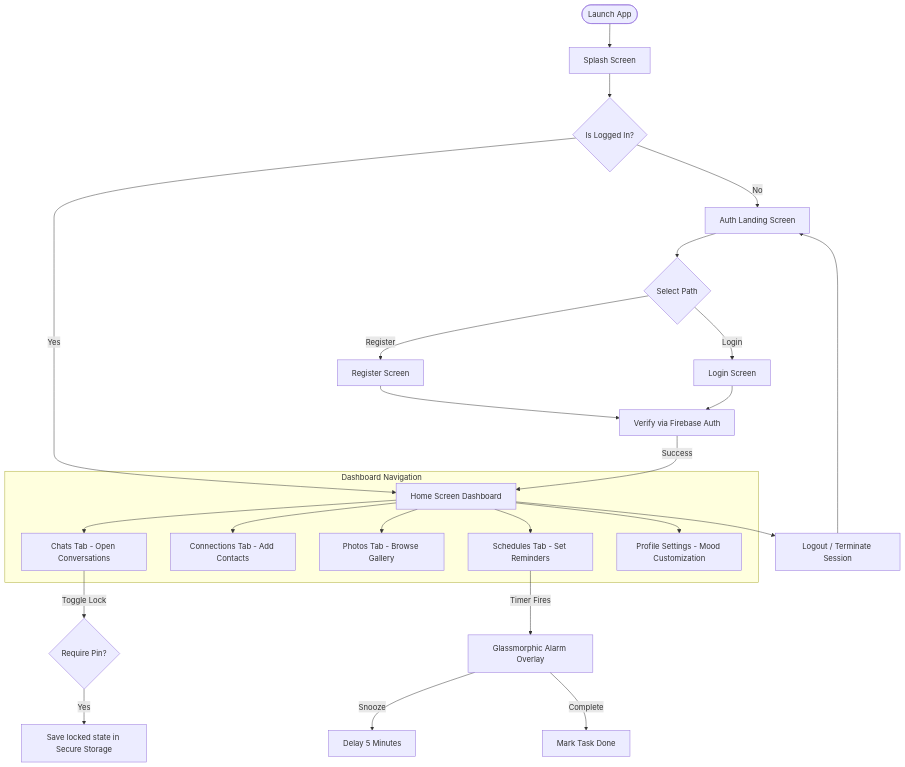
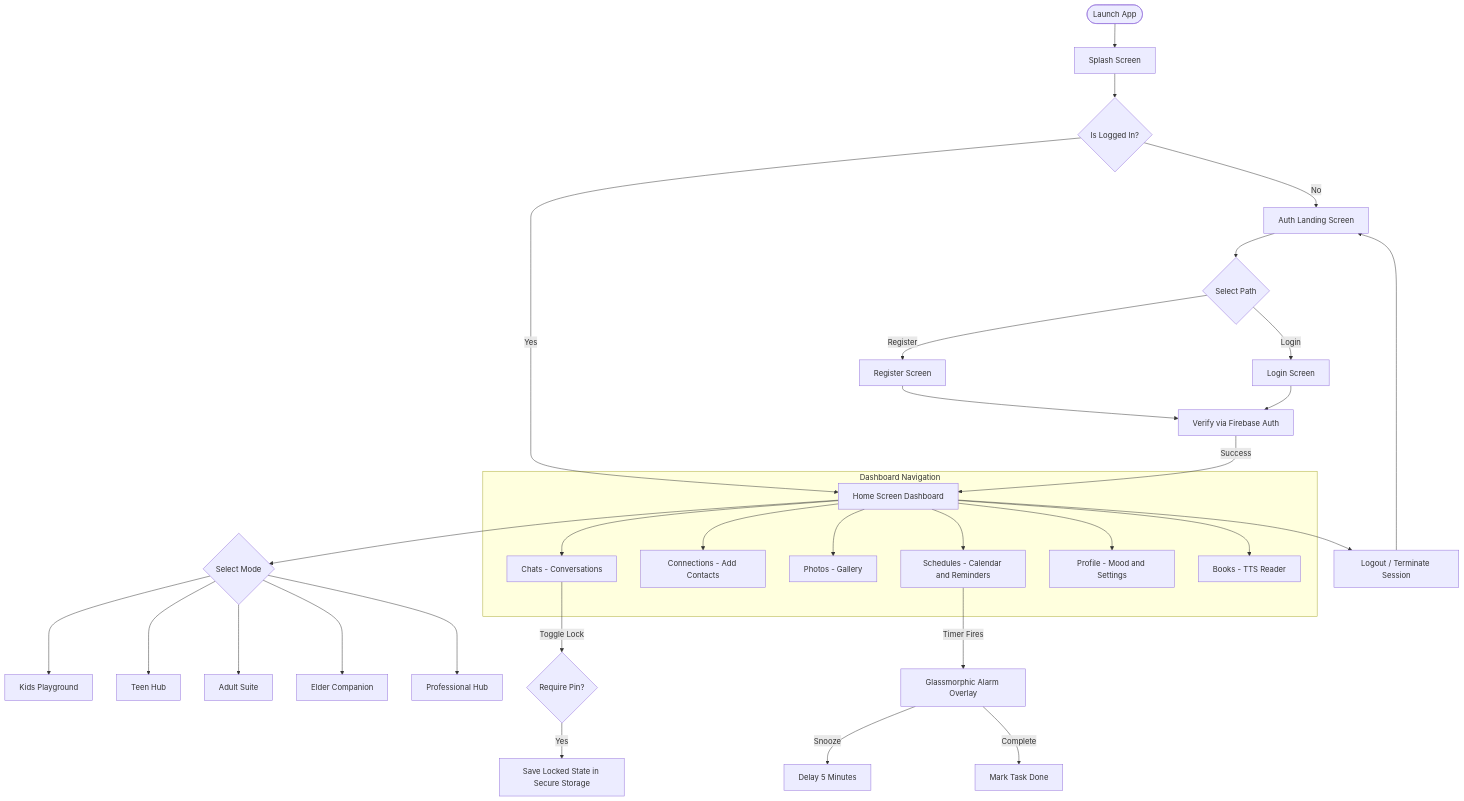
One commit to mohdasmabegum/MMWELCONM changed the second of 2 diagrams in mmwelconn/README.md. Above: the diagram before and after it, drawn with Mermaid. The commit also changed other lines of this file and 14 other files, not shown here.

````diff
--- a/mmwelconn/README.md
+++ b/mmwelconn/README.md
@@ -163,31 +451,39 @@
 ```mermaid
 graph TD
     Start([Launch App]) --> Splash[Splash Screen]
     Splash --> AuthCheck{Is Logged In?}
     AuthCheck -->|No| Landing[Auth Landing Screen]
     Landing --> AuthSelect{Select Path}
     AuthSelect -->|Login| Login[Login Screen]
     AuthSelect -->|Register| Register[Register Screen]
     Login --> SubmitAuth[Verify via Firebase Auth]
     Register --> SubmitAuth
     SubmitAuth -->|Success| MainHome[Home Screen Dashboard]
     AuthCheck -->|Yes| MainHome
 
+    MainHome --> ModeSelect{Select Mode}
+    ModeSelect --> KidsHub[Kids Playground]
+    ModeSelect --> TeenHub[Teen Hub]
+    ModeSelect --> AdultSuite[Adult Suite]
+    ModeSelect --> ElderCompanion[Elder Companion]
+    ModeSelect --> ProfHub[Professional Hub]
+
     subgraph Dashboard Navigation
-        MainHome --> Tab1[Chats Tab - Open Conversations]
-        MainHome --> Tab2[Connections Tab - Add Contacts]
-        MainHome --> Tab3[Photos Tab - Browse Gallery]
-        MainHome --> Tab4[Schedules Tab - Set Reminders]
-        MainHome --> Tab5[Profile Settings - Mood Customization]
+        MainHome --> Tab1[Chats - Conversations]
+        MainHome --> Tab2[Connections - Add Contacts]
+        MainHome --> Tab3[Photos - Gallery]
+        MainHome --> Tab4[Schedules - Calendar and Reminders]
+        MainHome --> Tab5[Profile - Mood and Settings]
+        MainHome --> Tab6[Books - TTS Reader]
     end
 
     Tab4 -->|Timer Fires| Alarm[Glassmorphic Alarm Overlay]
     Alarm -->|Snooze| SnoozeAction[Delay 5 Minutes]
     Alarm -->|Complete| CompleteAction[Mark Task Done]
 
     Tab1 -->|Toggle Lock| ChatLock{Require Pin?}
-    ChatLock -->|Yes| LockActive[Save locked state in Secure Storage]
-    
+    ChatLock -->|Yes| LockActive[Save Locked State in Secure Storage]
+
     MainHome --> Logout[Logout / Terminate Session]
     Logout --> Landing
 ```
````
